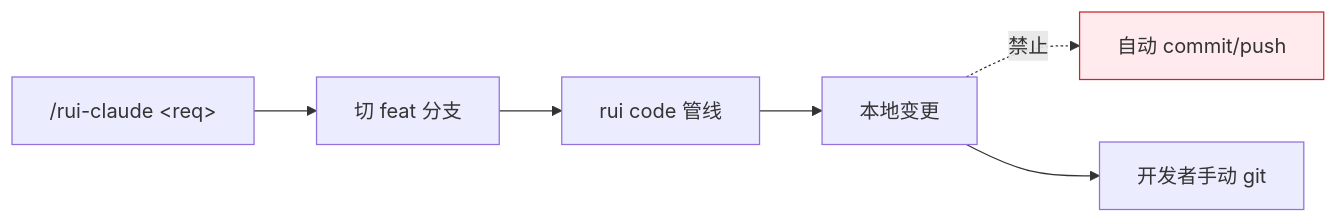
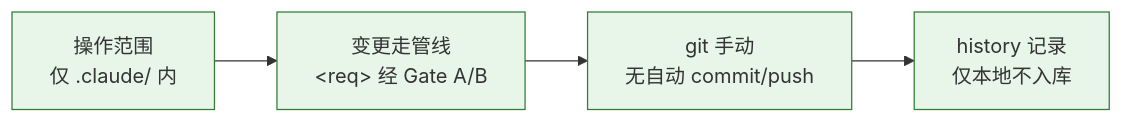
One commit to effiy/YrY changed the eighth of 8 diagrams in rules/rui-claude.md. Above: the diagram before and after it, drawn with Mermaid. The commit also changed other lines of this file and 18 other files, not shown here.

````diff
--- a/rules/rui-claude.md
+++ b/rules/rui-claude.md
@@ -10,7 +175,8 @@
 ```mermaid
 flowchart LR
-    Cmd["/rui-claude &lt;req&gt;"] --> Br[切 feat 分支] --> Pipe[rui code 管线] --> Local[本地变更]
-    Local -.禁止.-> Auto[自动 commit/push]:::bad
-    Local --> Manual[开发者手动 git]
-    classDef bad fill:#ffebee,stroke:#c62828;
+    S1["操作范围<br/>仅 .claude/ 内"]:::sig --> S2["变更走管线<br/>&lt;req&gt; 经 Gate A/B"]:::sig
+    S2 --> S3["git 手动<br/>无自动 commit/push"]:::sig
+    S3 --> S4["history 记录<br/>仅本地不入库"]:::sig
+
+    classDef sig fill:#e8f5e9,stroke:#2e7d32;
 ```
````
